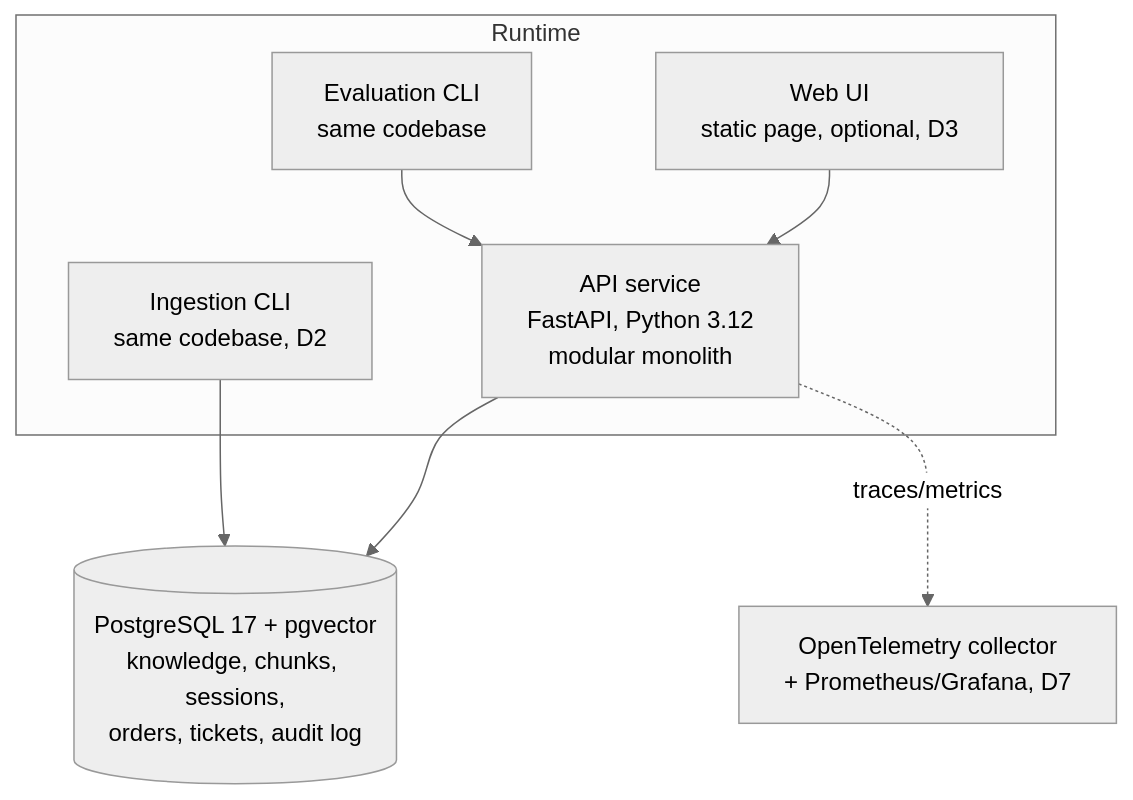
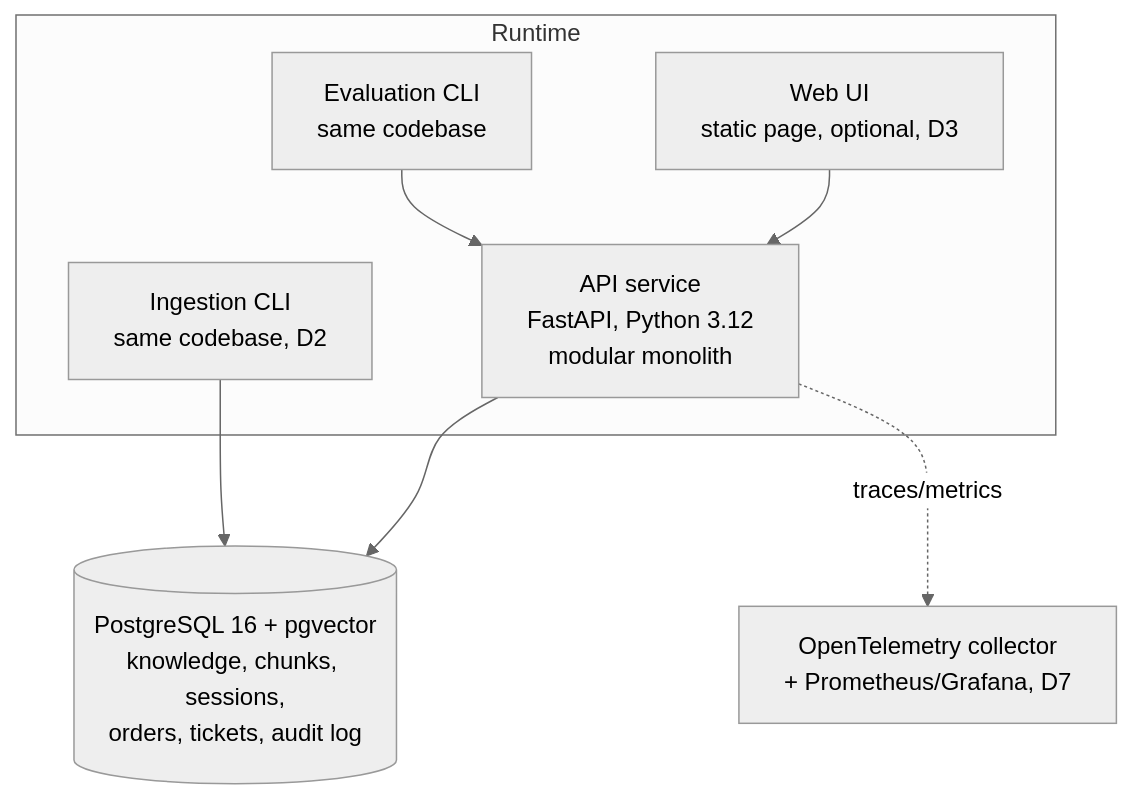
One commit to haoran-yang-henry/customer-chatbot changed the second of 7 diagrams in docs/architecture.md. Above: the diagram before and after it, drawn with Mermaid (neutral theme). The commit also changed other lines of this file and 55 other files, not shown here.

````diff
--- a/docs/architecture.md
+++ b/docs/architecture.md
@@ -48,17 +48,17 @@
 ```mermaid
 flowchart TB
     subgraph runtime [Runtime]
         web[Web UI<br/>static page, optional, D3]
         api[API service<br/>FastAPI, Python 3.12<br/>modular monolith]
         ingest[Ingestion CLI<br/>same codebase, D2]
         evalcli[Evaluation CLI<br/>same codebase]
     end
-    db[(PostgreSQL 17 + pgvector<br/>knowledge, chunks, sessions,<br/>orders, tickets, audit log)]
+    db[(PostgreSQL 16 + pgvector<br/>knowledge, chunks, sessions,<br/>orders, tickets, audit log)]
     otel[OpenTelemetry collector<br/>+ Prometheus/Grafana, D7]
 
     web --> api
     api --> db
     ingest --> db
     evalcli --> api
     api -. traces/metrics .-> otel
 ```
````
